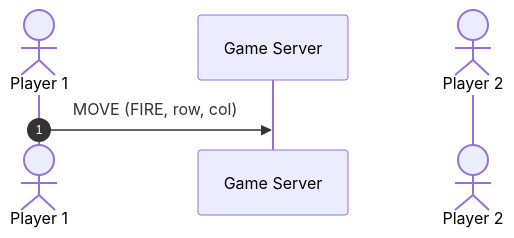
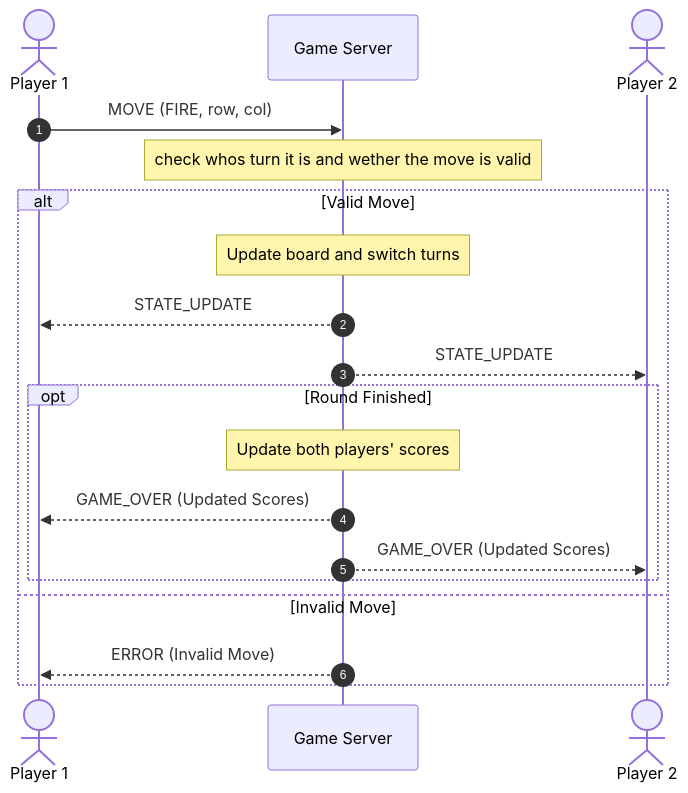
One commit to BryceShakin/Final_Project_Battleship changed the diagram in sequence_diagram.md. Above: the diagram before and after it, drawn with Mermaid.

Commit message:
finnished mermaid

````diff
--- a/sequence_diagram.md
+++ b/sequence_diagram.md
@@ -1,9 +1,23 @@
 ```mermaid
 sequenceDiagram
     autonumber
     actor P1 as Player 1
     participant S as Game Server
     actor P2 as Player 2
     P1->>S: MOVE (FIRE, row, col)
+    Note over S: check whos turn it is and wether the move is valid
+
+    alt Valid Move
+    Note over S: Update board and switch turns
+    S-->>P1: STATE_UPDATE
+    S-->>P2: STATE_UPDATE 
+    opt Round Finished
+    Note over S: Update both players' scores
+    S-->>P1: GAME_OVER (Updated Scores)
+    S-->>P2: GAME_OVER (Updated Scores)
+    end
+    else Invalid Move
+    S-->>P1: ERROR (Invalid Move)
+    end
 
 ```
````
